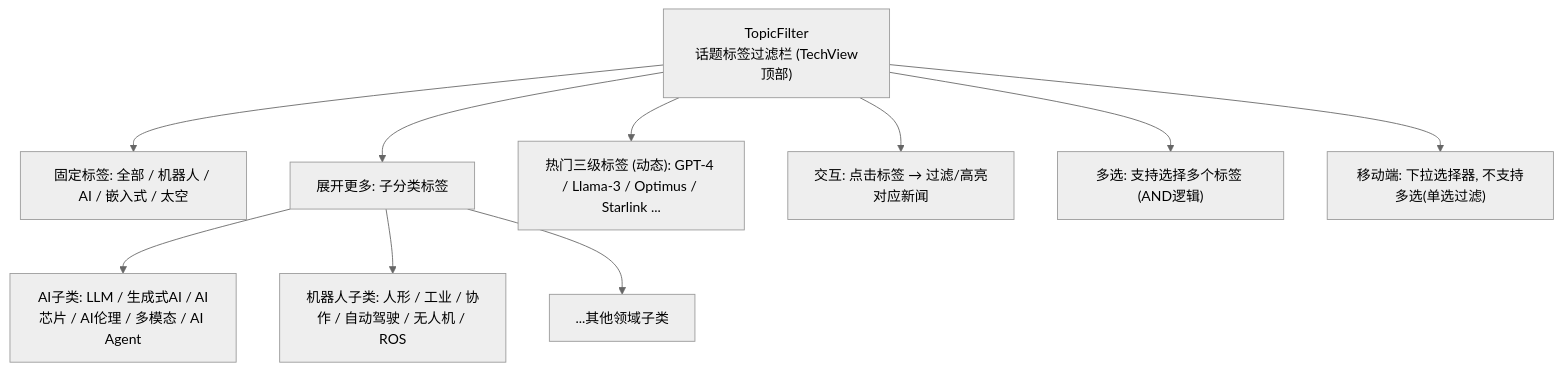
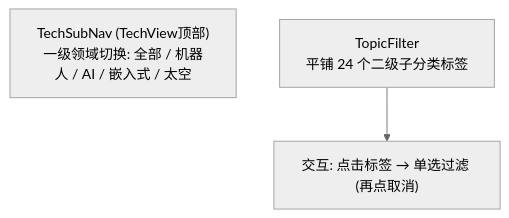
One commit to onceme/instantboard changed the third of 3 diagrams in docs/design/tech-tab.md. Above: the diagram before and after it, drawn with Mermaid (neutral theme). The commit also changed other lines of this file and 14 other files, not shown here.

````diff
--- a/docs/design/tech-tab.md
+++ b/docs/design/tech-tab.md
@@ -323,13 +220,6 @@
 ```mermaid
 graph TD
-    TFC["TopicFilter<br/>话题标签过滤栏 (TechView顶部)"]
-    TFC --> Fixed["固定标签: 全部 / 机器人 / AI / 嵌入式 / 太空"]
-    TFC --> Expand2["展开更多: 子分类标签"]
-    Expand2 --> AISub["AI子类: LLM / 生成式AI / AI芯片 / AI伦理 / 多模态 / AI Agent"]
-    Expand2 --> RobSub["机器人子类: 人形 / 工业 / 协作 / 自动驾驶 / 无人机 / ROS"]
-    Expand2 --> MoreSub["...其他领域子类"]
-    TFC --> HotTags["热门三级标签 (动态): GPT-4 / Llama-3 / Optimus / Starlink ..."]
-    TFC --> Interact["交互: 点击标签 → 过滤/高亮对应新闻"]
-    TFC --> MultiSelect["多选: 支持选择多个标签 (AND逻辑)"]
-    TFC --> MobileTF["移动端: 下拉选择器, 不支持多选(单选过滤)"]
+    TSN["TechSubNav (TechView顶部)<br/>一级领域切换: 全部 / 机器人 / AI / 嵌入式 / 太空"]
+    TFC["TopicFilter<br/>平铺 24 个二级子分类标签"]
+    TFC --> Interact["交互: 点击标签 → 单选过滤 (再点取消)"]
 ```
````
